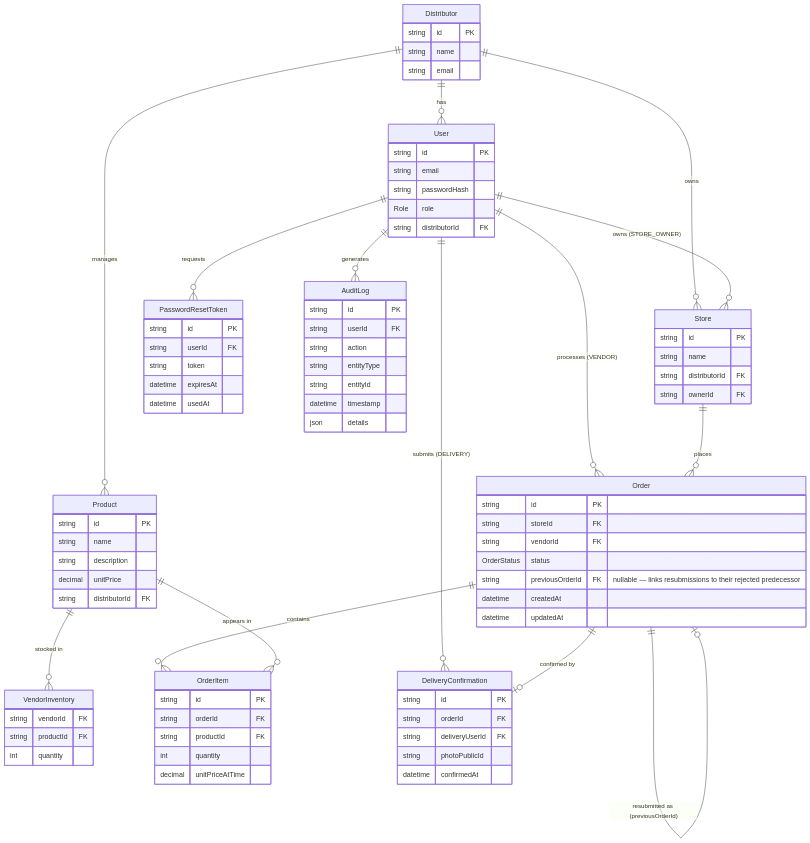
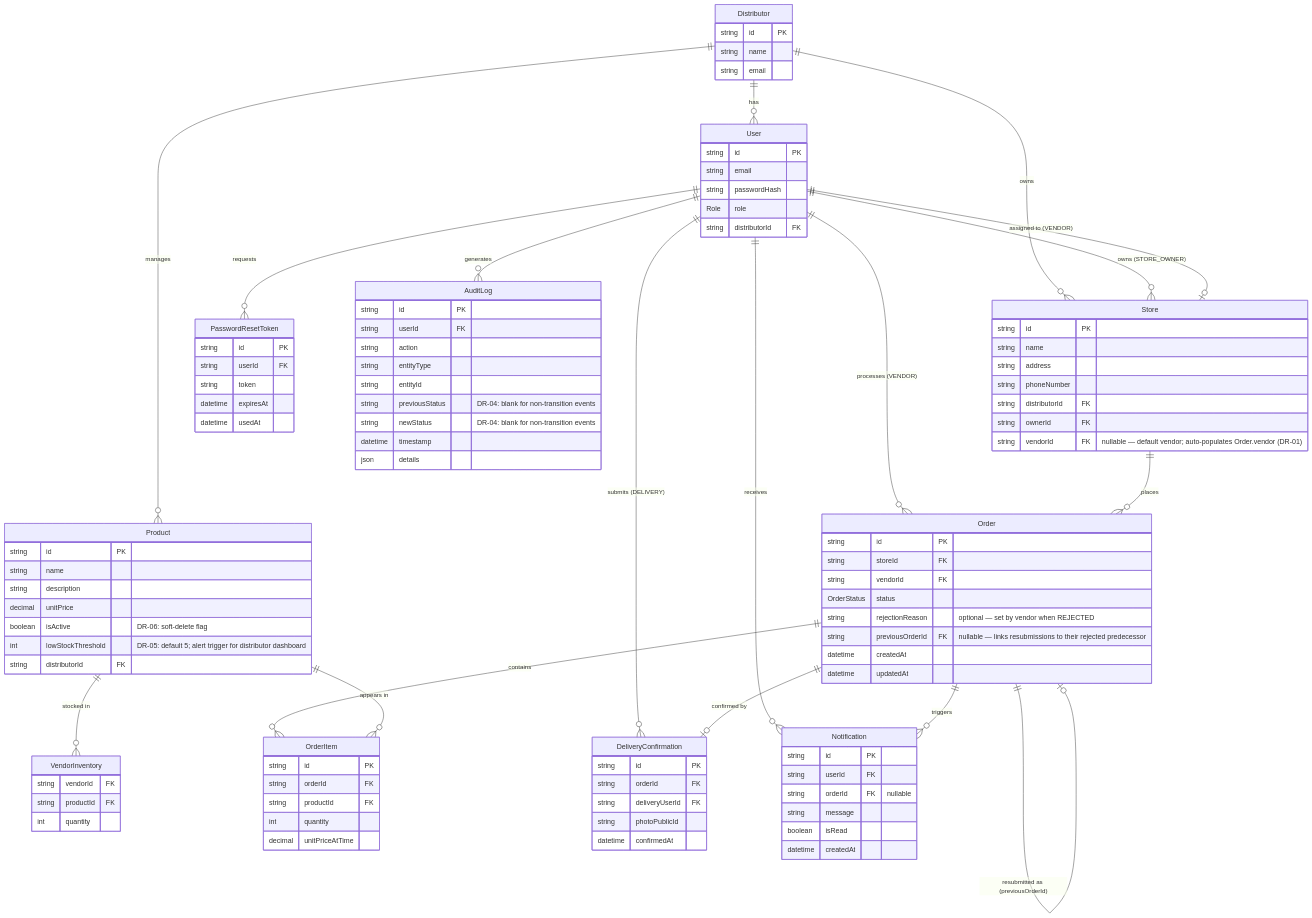
Before and after one commit to astalberto/proyecto-distribuidora: the first of 5 diagrams in docs/requirements.md, drawn with Mermaid. The commit also changed other lines of this file and 50 other files, not shown here.

```diff
--- a/docs/requirements.md
+++ b/docs/requirements.md
@@ -59,14 +59,19 @@
     Store {
         string id PK
         string name
+        string address
+        string phoneNumber
         string distributorId FK
         string ownerId FK
+        string vendorId FK "nullable — default vendor; auto-populates Order.vendor (DR-01)"
     }
     Product {
         string id PK
         string name
         string description
         decimal unitPrice
+        boolean isActive "DR-06: soft-delete flag"
+        int lowStockThreshold "DR-05: default 5; alert trigger for distributor dashboard"
         string distributorId FK
     }
     VendorInventory {
@@ -79,6 +84,7 @@
         string storeId FK
         string vendorId FK
         OrderStatus status
+        string rejectionReason "optional — set by vendor when REJECTED"
         string previousOrderId FK "nullable — links resubmissions to their rejected predecessor"
         datetime createdAt
         datetime updatedAt
@@ -110,20 +116,33 @@
         string action
         string entityType
         string entityId
+        string previousStatus "DR-04: blank for non-transition events"
+        string newStatus "DR-04: blank for non-transition events"
         datetime timestamp
         json details
+    }
+    Notification {
+        string id PK
+        string userId FK
+        string orderId FK "nullable"
+        string message
+        boolean isRead
+        datetime createdAt
     }
 
     Distributor ||--o{ User : "has"
     Distributor ||--o{ Store : "owns"
     Distributor ||--o{ Product : "manages"
     User ||--o{ Store : "owns (STORE_OWNER)"
+    User ||--o| Store : "assigned to (VENDOR)"
     User ||--o{ Order : "processes (VENDOR)"
     User ||--o{ DeliveryConfirmation : "submits (DELIVERY)"
     User ||--o{ AuditLog : "generates"
     User ||--o{ PasswordResetToken : "requests"
+    User ||--o{ Notification : "receives"
     Store ||--o{ Order : "places"
     Order ||--o{ OrderItem : "contains"
+    Order ||--o{ Notification : "triggers"
     Product ||--o{ OrderItem : "appears in"
     Product ||--o{ VendorInventory : "stocked in"
     Order ||--o| DeliveryConfirmation : "confirmed by"
```
